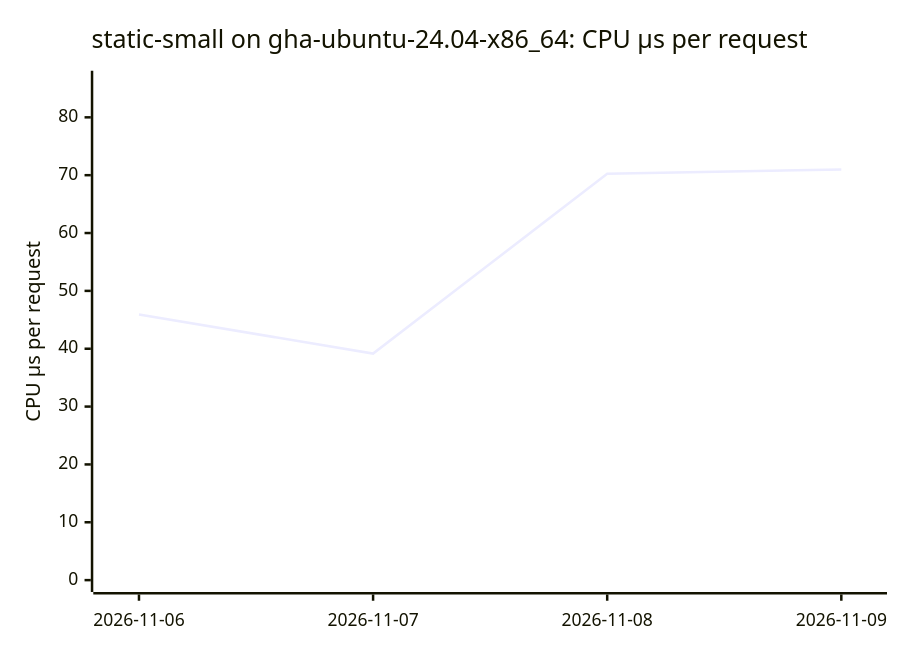
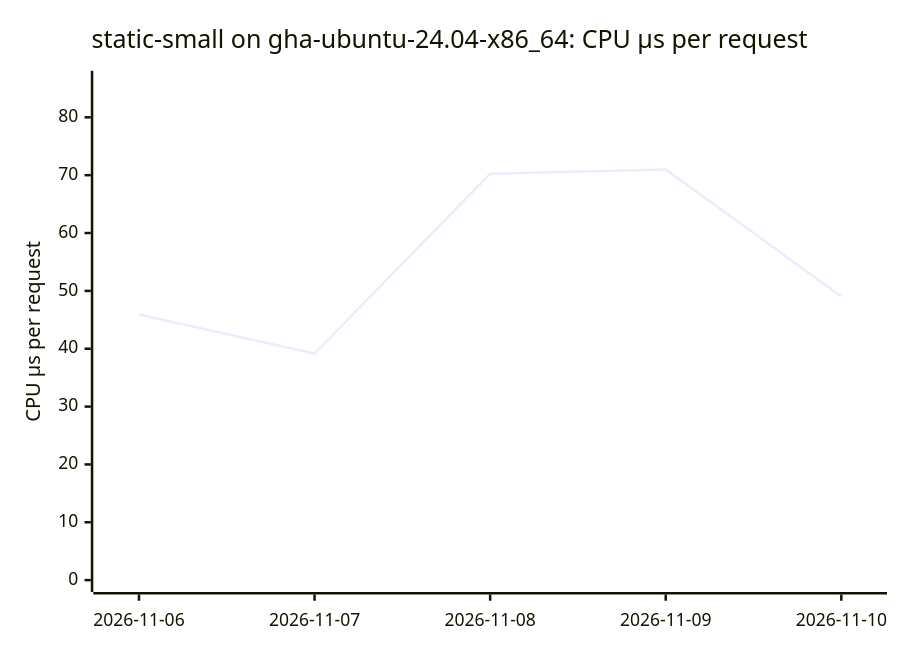
Before and after one commit to ThePixelPilgrim/durchlauferhitzer: the first of 18 diagrams in BENCHMARKS.md, drawn with Mermaid. The commit also changed other lines of this file and 1 other file, not shown here.

````diff
--- a/BENCHMARKS.md
+++ b/BENCHMARKS.md
@@ -26,7 +26,7 @@
 ```mermaid
 xychart-beta
   title "static-small on gha-ubuntu-24.04-x86_64: CPU µs per request"
-  x-axis ["2026-11-06", "2026-11-07", "2026-11-08", "2026-11-09"]
+  x-axis ["2026-11-06", "2026-11-07", "2026-11-08", "2026-11-09", "2026-11-10"]
   y-axis "CPU µs per request" 0 --> 86
-  line [45.92, 39.16, 70.24, 70.98]
+  line [45.92, 39.16, 70.24, 70.98, 49.03]
 ```
````
